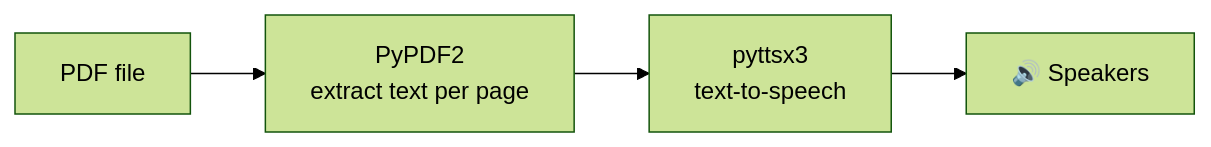
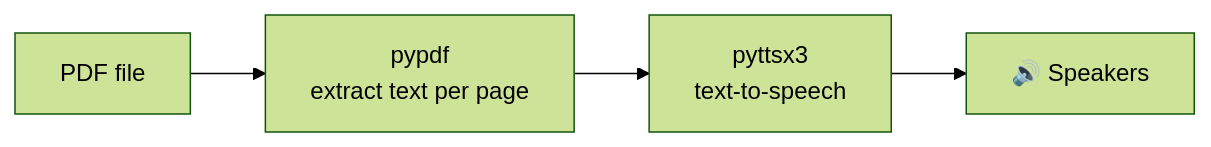
One commit to gmgowrish/pdf_To_audio changed the diagram in README.md. Above: the diagram before and after it, drawn with Mermaid (forest theme). The commit also changed other lines of this file and 6 other files, not shown here.

````diff
--- a/README.md
+++ b/README.md
@@ -64,6 +70,6 @@
 ```mermaid
 flowchart LR
-    A[PDF file] --> B[PyPDF2<br/>extract text per page]
+    A[PDF file] --> B[pypdf<br/>extract text per page]
     B --> C[pyttsx3<br/>text-to-speech]
     C --> D[🔊 Speakers]
 ```
````
